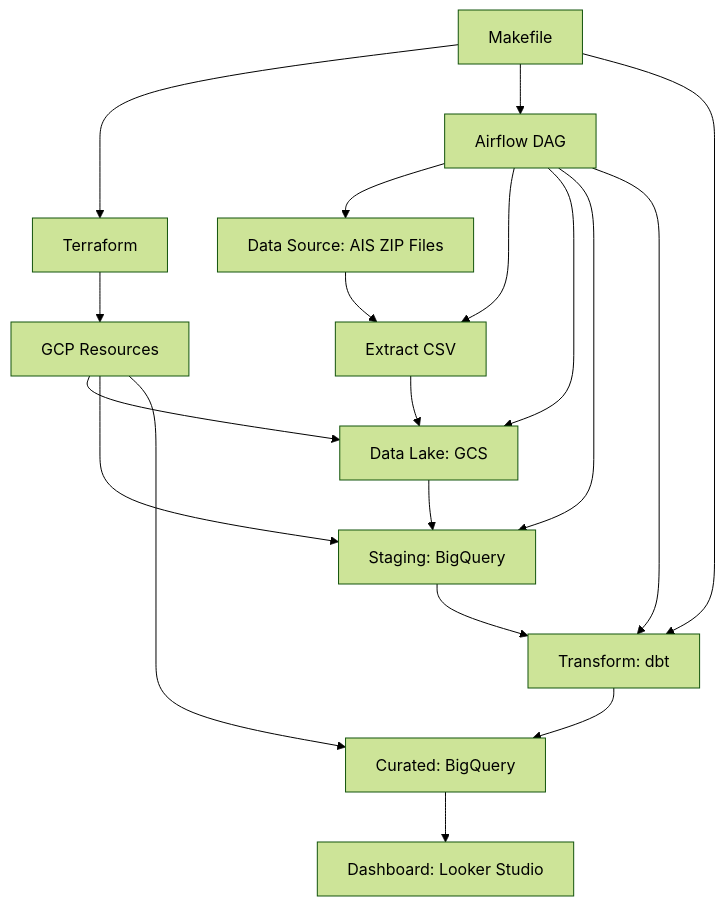
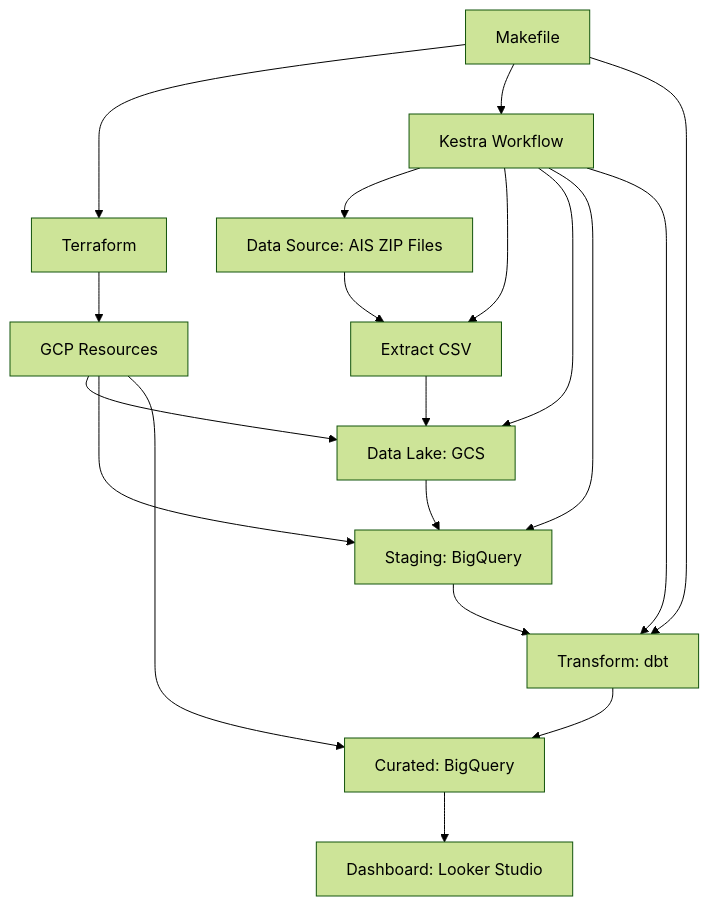
The diagram in memory-bank/systemPatterns.md (vareha/data_engineering_zoomcamp_project), drawn with Mermaid (forest theme) before and after one commit. The commit also changed other lines of this file and 23 other files, not shown here.

````diff
--- a/memory-bank/systemPatterns.md
+++ b/memory-bank/systemPatterns.md
@@ -5,24 +5,24 @@
 ```mermaid
 flowchart TD
     DS[Data Source: AIS ZIP Files] --> EX[Extract CSV]
     EX --> DL[Data Lake: GCS]
     DL --> ST[Staging: BigQuery]
     ST --> DT[Transform: dbt]
     DT --> CU[Curated: BigQuery]
     CU --> DB[Dashboard: Looker Studio]
     
-    AF[Airflow DAG] --> DS
-    AF --> EX
-    AF --> DL
-    AF --> ST
-    AF --> DT
+    KS[Kestra Workflow] --> DS
+    KS --> EX
+    KS --> DL
+    KS --> ST
+    KS --> DT
     
     TF[Terraform] --> GCP[GCP Resources]
     GCP --> DL
     GCP --> ST
     GCP --> CU
     
     MF[Makefile] --> TF
-    MF --> AF
+    MF --> KS
     MF --> DT
 ```
````
